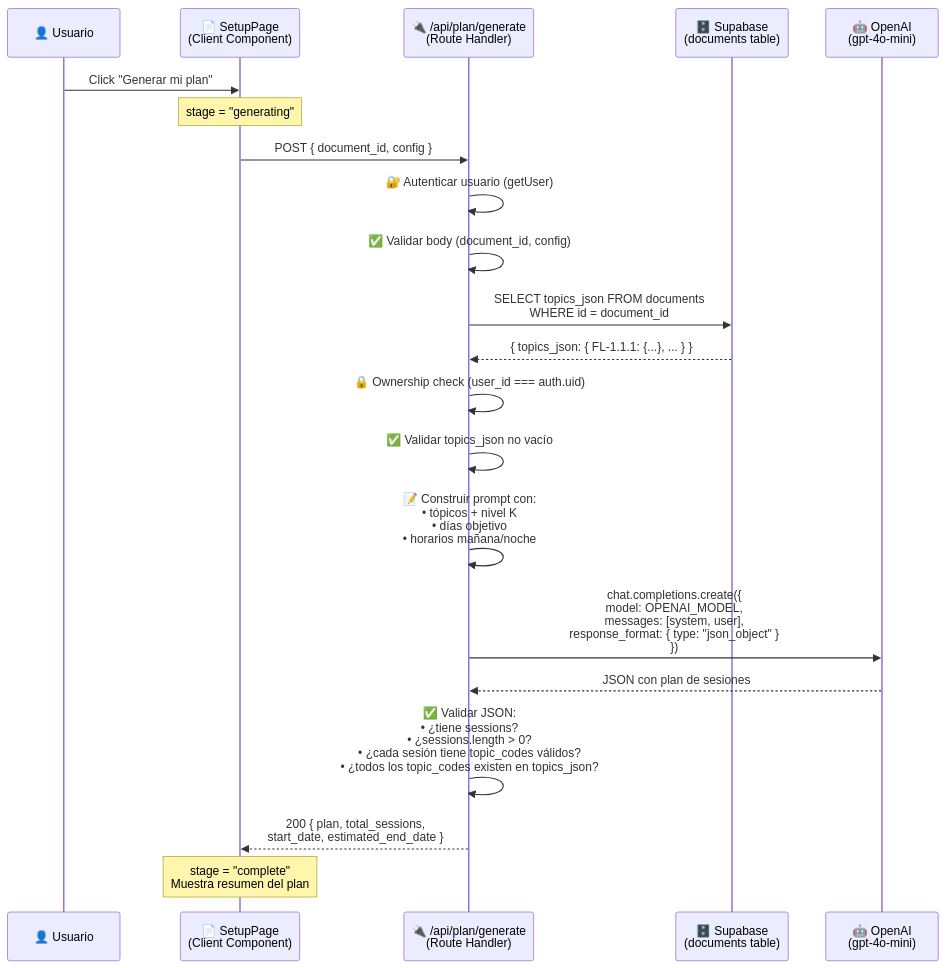
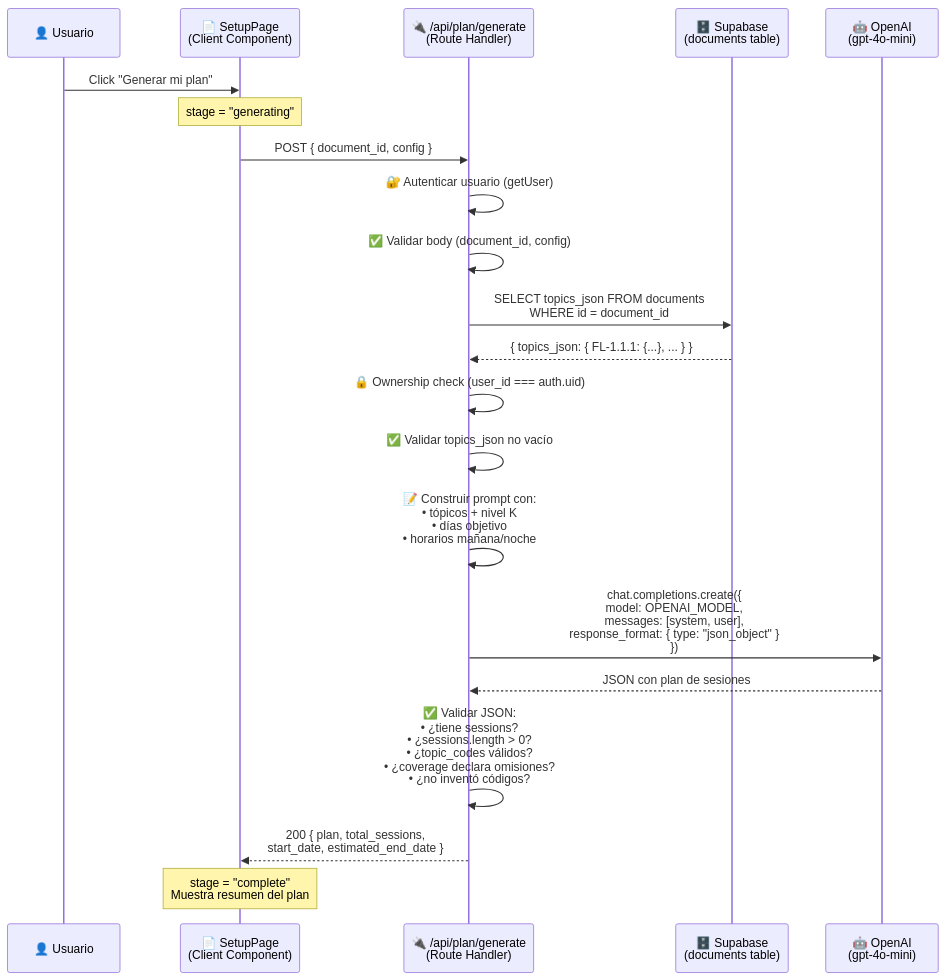
Before and after one commit to JuanSifuentesF/practica-testing: the third of 4 diagrams in docs/guides/fe/UP-04.md, drawn with Mermaid. The commit also changed other lines of this file, not shown here.

Commit message:
docs(up-04): aplicar ajustes técnicos de la revisión (runtime nodejs, parseBody, coverage, text_preview, redirect /plan)

````diff
--- a/docs/guides/fe/UP-04.md
+++ b/docs/guides/fe/UP-04.md
@@ -322,34 +334,34 @@
 ```mermaid
 sequenceDiagram
     participant U as 👤 Usuario
     participant SP as 📄 SetupPage<br/>(Client Component)
     participant PG as 🔌 /api/plan/generate<br/>(Route Handler)
     participant DB as 🗄️ Supabase<br/>(documents table)
     participant AI as 🤖 OpenAI<br/>(gpt-4o-mini)
 
     U->>SP: Click "Generar mi plan"
     Note over SP: stage = "generating"
 
     SP->>PG: POST { document_id, config }
     
     PG->>PG: 🔐 Autenticar usuario (getUser)
     PG->>PG: ✅ Validar body (document_id, config)
     
     PG->>DB: SELECT topics_json FROM documents<br/>WHERE id = document_id
     DB-->>PG: { topics_json: { FL-1.1.1: {...}, ... } }
     
     PG->>PG: 🔒 Ownership check (user_id === auth.uid)
     PG->>PG: ✅ Validar topics_json no vacío
     
     PG->>PG: 📝 Construir prompt con:<br/>• tópicos + nivel K<br/>• días objetivo<br/>• horarios mañana/noche
     
     PG->>AI: chat.completions.create({<br/>  model: OPENAI_MODEL,<br/>  messages: [system, user],<br/>  response_format: { type: "json_object" }<br/>})
     
     AI-->>PG: JSON con plan de sesiones
     
-    PG->>PG: ✅ Validar JSON:<br/>• ¿tiene sessions?<br/>• ¿sessions.length > 0?<br/>• ¿cada sesión tiene topic_codes válidos?<br/>• ¿todos los topic_codes existen en topics_json?
+    PG->>PG: ✅ Validar JSON:<br/>• ¿tiene sessions?<br/>• ¿sessions.length > 0?<br/>• ¿topic_codes válidos?<br/>• ¿coverage declara omisiones?<br/>• ¿no inventó códigos?
     
     PG-->>SP: 200 { plan, total_sessions,<br/>start_date, estimated_end_date }
     
     Note over SP: stage = "complete"<br/>Muestra resumen del plan
 ```
````
